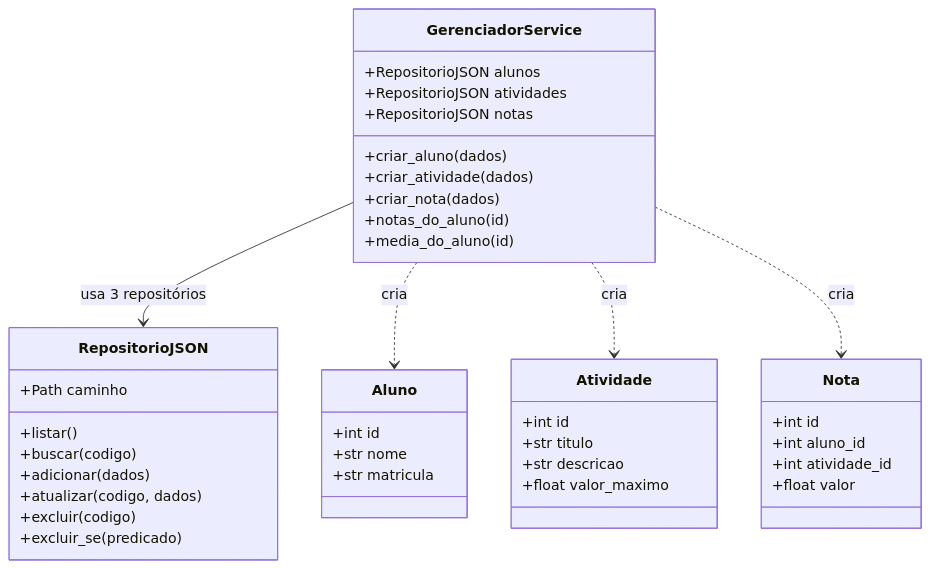
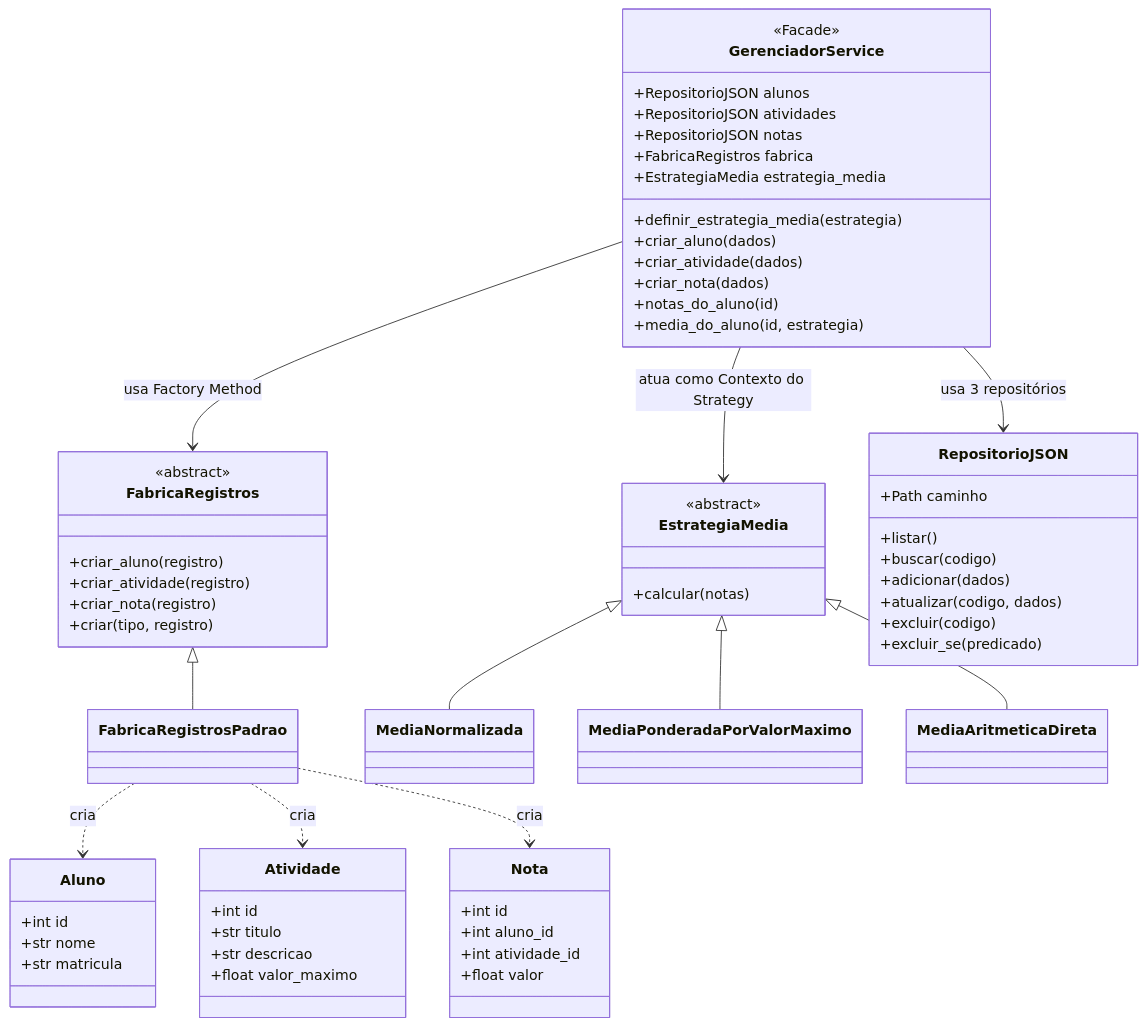
One commit to WelsonCruz/Gerenciador-de-notas-e-atividades- changed the first of 3 diagrams in docs/DIAGRAMAS.md. Above: the diagram before and after it, drawn with Mermaid. The commit also changed other lines of this file and 19 other files, not shown here.

Commit message:
feat: implementa cenarios oficiais T8.1-T8.4, Factory Method, Strategy e melhorias de interface

````diff
--- a/docs/DIAGRAMAS.md
+++ b/docs/DIAGRAMAS.md
@@ -7,43 +9,68 @@
 ```mermaid
 classDiagram
   class Aluno {
     +int id
     +str nome
     +str matricula
   }
   class Atividade {
     +int id
     +str titulo
     +str descricao
     +float valor_maximo
   }
   class Nota {
     +int id
     +int aluno_id
     +int atividade_id
     +float valor
   }
+  class FabricaRegistros {
+    <<abstract>>
+    +criar_aluno(registro)
+    +criar_atividade(registro)
+    +criar_nota(registro)
+    +criar(tipo, registro)
+  }
+  class FabricaRegistrosPadrao
+  class EstrategiaMedia {
+    <<abstract>>
+    +calcular(notas)
+  }
+  class MediaNormalizada
+  class MediaPonderadaPorValorMaximo
+  class MediaAritmeticaDireta
   class RepositorioJSON {
     +Path caminho
     +listar()
     +buscar(codigo)
     +adicionar(dados)
     +atualizar(codigo, dados)
     +excluir(codigo)
     +excluir_se(predicado)
   }
   class GerenciadorService {
+    <<Facade>>
     +RepositorioJSON alunos
     +RepositorioJSON atividades
     +RepositorioJSON notas
+    +FabricaRegistros fabrica
+    +EstrategiaMedia estrategia_media
+    +definir_estrategia_media(estrategia)
     +criar_aluno(dados)
     +criar_atividade(dados)
     +criar_nota(dados)
     +notas_do_aluno(id)
-    +media_do_aluno(id)
+    +media_do_aluno(id, estrategia)
   }
   GerenciadorService --> RepositorioJSON : usa 3 repositórios
-  GerenciadorService ..> Aluno : cria
-  GerenciadorService ..> Atividade : cria
-  GerenciadorService ..> Nota : cria
+  GerenciadorService --> FabricaRegistros : usa Factory Method
+  FabricaRegistros <|-- FabricaRegistrosPadrao
+  FabricaRegistrosPadrao ..> Aluno : cria
+  FabricaRegistrosPadrao ..> Atividade : cria
+  FabricaRegistrosPadrao ..> Nota : cria
+  GerenciadorService --> EstrategiaMedia : atua como Contexto do Strategy
+  EstrategiaMedia <|-- MediaNormalizada
+  EstrategiaMedia <|-- MediaPonderadaPorValorMaximo
+  EstrategiaMedia <|-- MediaAritmeticaDireta
 ```
````
